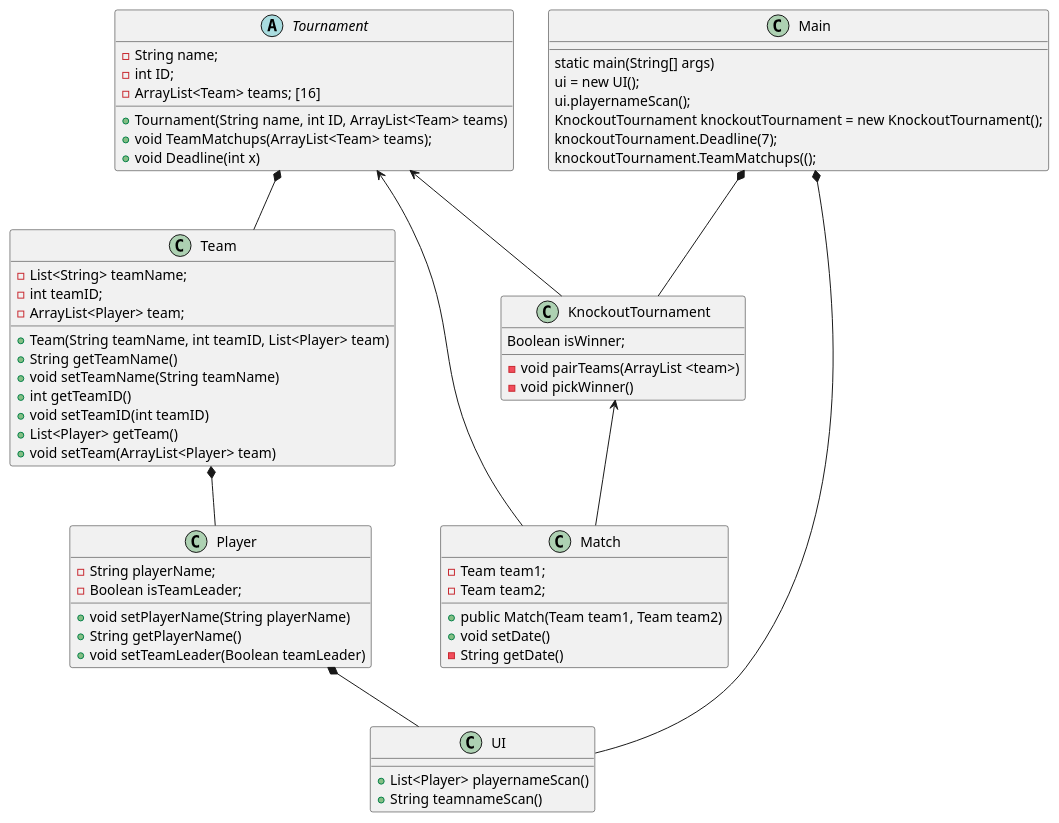
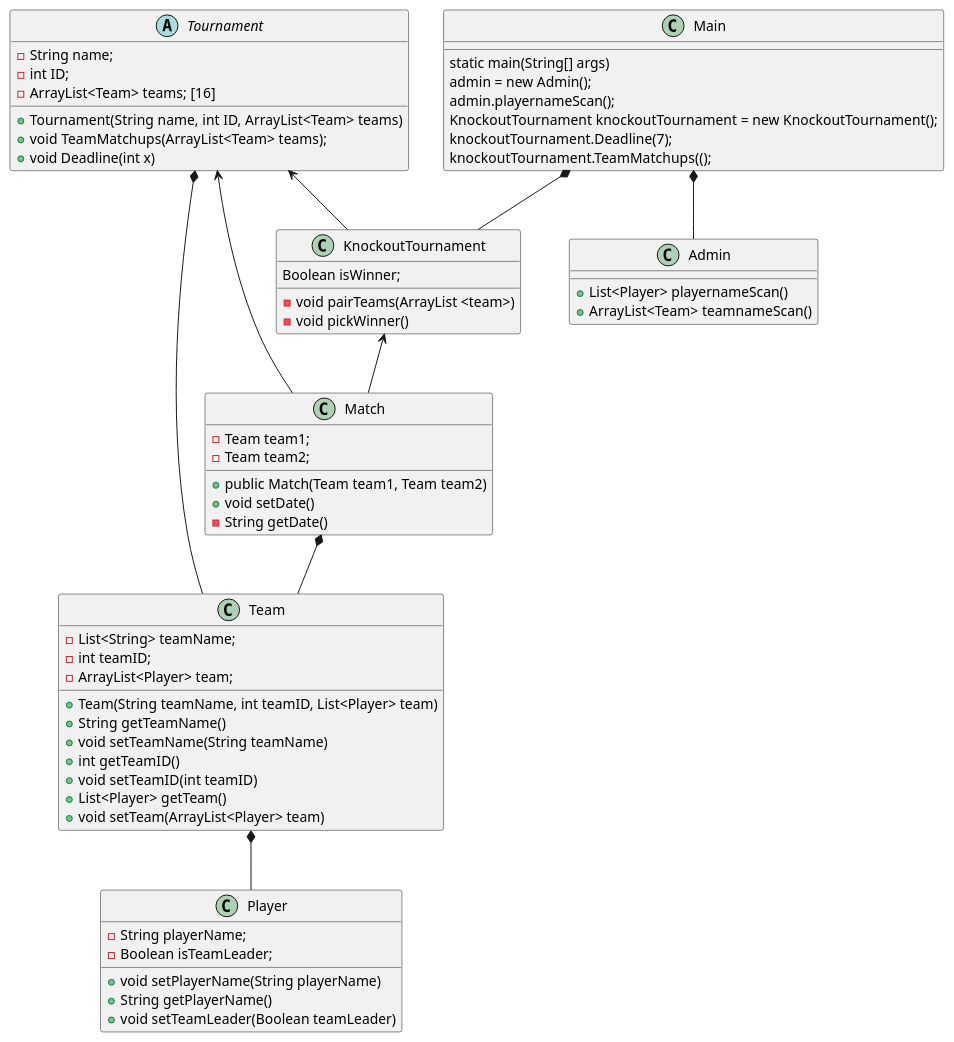
Before and after one commit to SimonLyng/SP3: the diagram in SP3/src/UML/SP3 klasseDiagram.puml, drawn with PlantUML. The commit also changed 8 other files, not shown here.

```diff
--- a/SP3/src/UML/SP3 klasseDiagram.puml
+++ b/SP3/src/UML/SP3 klasseDiagram.puml
@@ -1,76 +1,75 @@
 @startuml
 'https://plantuml.com/class-diagram
 
 Tournament<--KnockoutTournament
 Team*--Player
 Tournament*--Team
-Player*-- UI
 Main*--KnockoutTournament
 KnockoutTournament<-- Match
 Tournament<-- Match
-Main*-- UI
-
+Main*-- Admin
+Match*--Team
 class Player{
 - String playerName;
  -Boolean isTeamLeader;
  +void setPlayerName(String playerName)
  +String getPlayerName()
  +void setTeamLeader(Boolean teamLeader)
 
 }
 
 class Team{
 -List<String> teamName;
 -int teamID;
 -ArrayList<Player> team;
 +Team(String teamName, int teamID, List<Player> team)
 +String getTeamName()
 +void setTeamName(String teamName)
 +int getTeamID()
 +void setTeamID(int teamID)
  +List<Player> getTeam()
  +void setTeam(ArrayList<Player> team)
 }
 
 abstract class Tournament {
 -String name;
 -int ID;
 -ArrayList<Team> teams; [16]
 +Tournament(String name, int ID, ArrayList<Team> teams)
 + void TeamMatchups(ArrayList<Team> teams);
  +void Deadline(int x)
 
 
 }
 
 class KnockoutTournament {
 Boolean isWinner;
 - void pairTeams(ArrayList <team>)
 -void pickWinner()
 }
 
-class UI {
+class Admin {
 +List<Player> playernameScan()
-+String teamnameScan()
++ ArrayList<Team> teamnameScan()
 }
 
 class Main{
 
 static main(String[] args)
- ui = new UI();
- ui.playernameScan();
+ admin = new Admin();
+ admin.playernameScan();
  KnockoutTournament knockoutTournament = new KnockoutTournament();
-  knockoutTournament.Deadline(7);
-  knockoutTournament.TeamMatchups(();
+ knockoutTournament.Deadline(7);
+ knockoutTournament.TeamMatchups(();
 
 }
 
 class Match {
   -Team team1;
   -Team team2;
  + public Match(Team team1, Team team2)
  +void setDate()
  -String getDate()
 
 }
 @enduml
```
